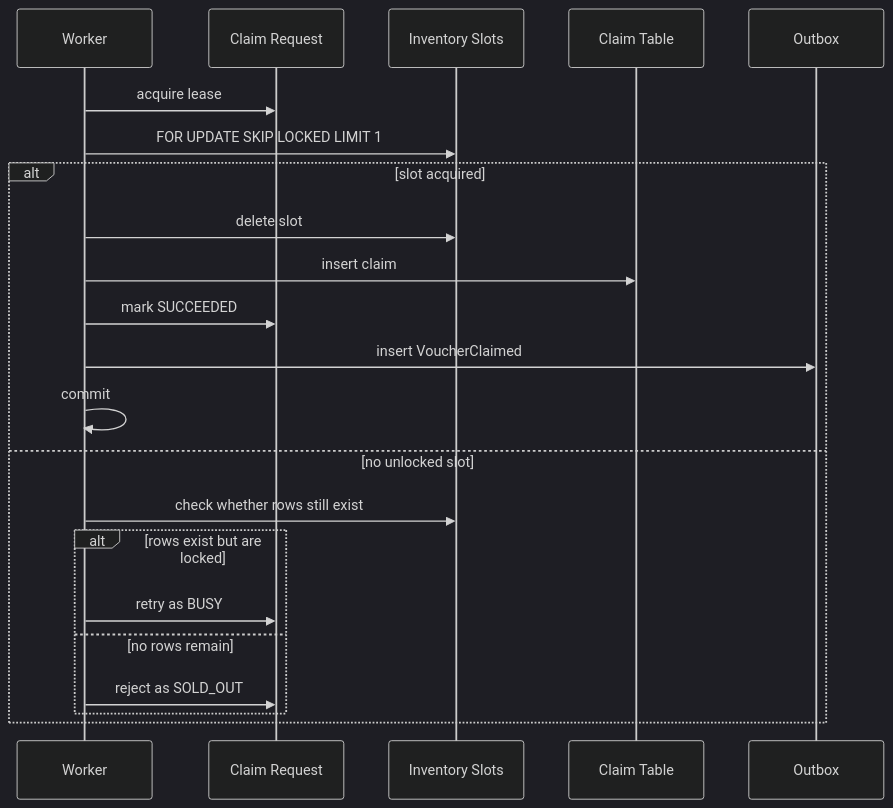
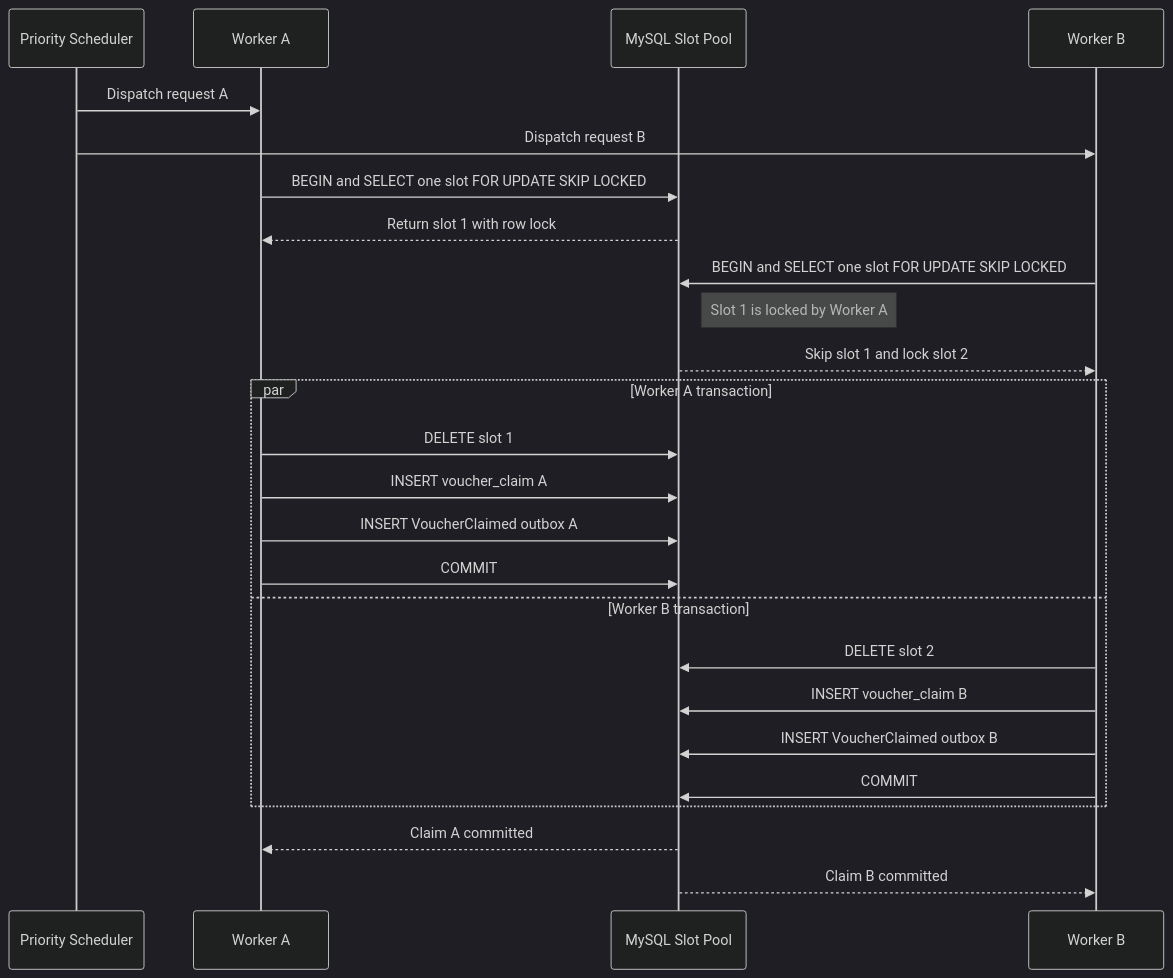
One commit to PhamDinhDuy-2508/Voucher-claim-system changed diagram 11 of 13 in SOLUTION.md. Above: the diagram before and after it, drawn with Mermaid (dark theme). The commit also changed other lines of this file, not shown here.

Commit message:
Restore complete English solution diagrams

````diff
--- a/SOLUTION.md
+++ b/SOLUTION.md
@@ -307,25 +627,32 @@
 ```mermaid
-    sequenceDiagram
-        participant Worker
-        participant Request as Claim Request
-        participant Slots as Inventory Slots
-        participant Claim as Claim Table
-        participant Outbox
+sequenceDiagram
+    participant Q as Priority Scheduler
+    participant A as Worker A
+    participant DB as MySQL Slot Pool
+    participant B as Worker B
 
-        Worker->>Request: acquire lease
-        Worker->>Slots: FOR UPDATE SKIP LOCKED LIMIT 1
-        alt slot acquired
-            Worker->>Slots: delete slot
-            Worker->>Claim: insert claim
-            Worker->>Request: mark SUCCEEDED
-            Worker->>Outbox: insert VoucherClaimed
-            Worker->>Worker: commit
-        else no unlocked slot
-            Worker->>Slots: check whether rows still exist
-            alt rows exist but are locked
-                Worker->>Request: retry as BUSY
-            else no rows remain
-                Worker->>Request: reject as SOLD_OUT
-            end
-        end
+    Q->>A: Dispatch request A
+    Q->>B: Dispatch request B
+
+    A->>DB: BEGIN and SELECT one slot FOR UPDATE SKIP LOCKED
+    DB-->>A: Return slot 1 with row lock
+
+    B->>DB: BEGIN and SELECT one slot FOR UPDATE SKIP LOCKED
+    Note right of DB: Slot 1 is locked by Worker A
+    DB-->>B: Skip slot 1 and lock slot 2
+
+    par Worker A transaction
+        A->>DB: DELETE slot 1
+        A->>DB: INSERT voucher_claim A
+        A->>DB: INSERT VoucherClaimed outbox A
+        A->>DB: COMMIT
+    and Worker B transaction
+        B->>DB: DELETE slot 2
+        B->>DB: INSERT voucher_claim B
+        B->>DB: INSERT VoucherClaimed outbox B
+        B->>DB: COMMIT
+    end
+
+    DB-->>A: Claim A committed
+    DB-->>B: Claim B committed
 ```
````
